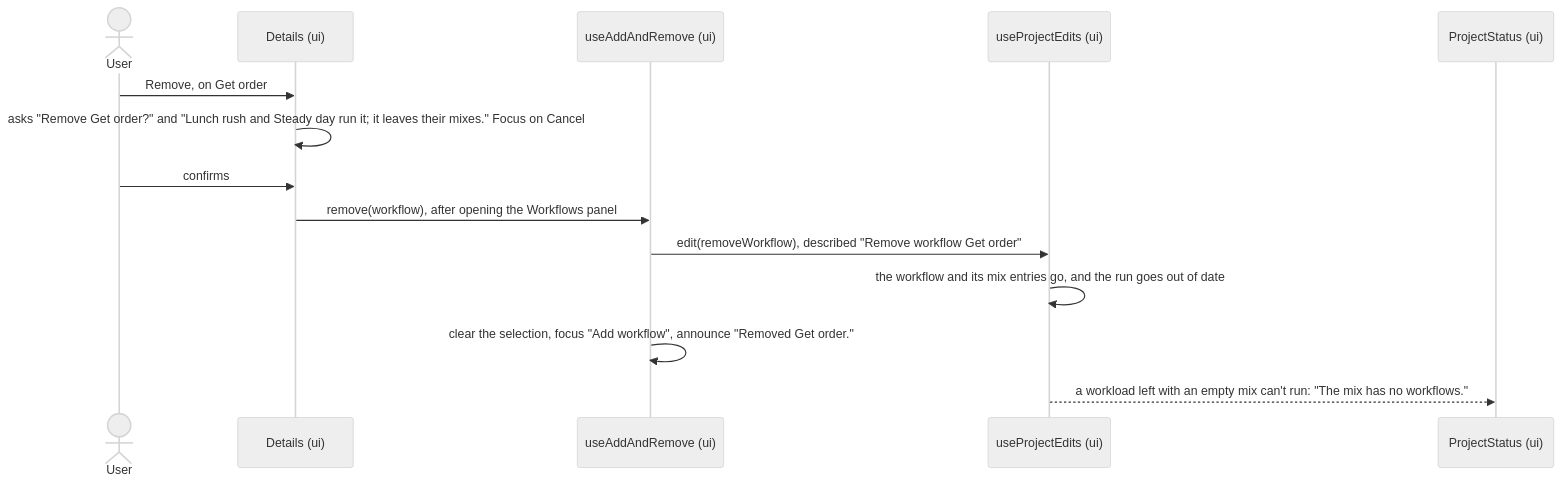
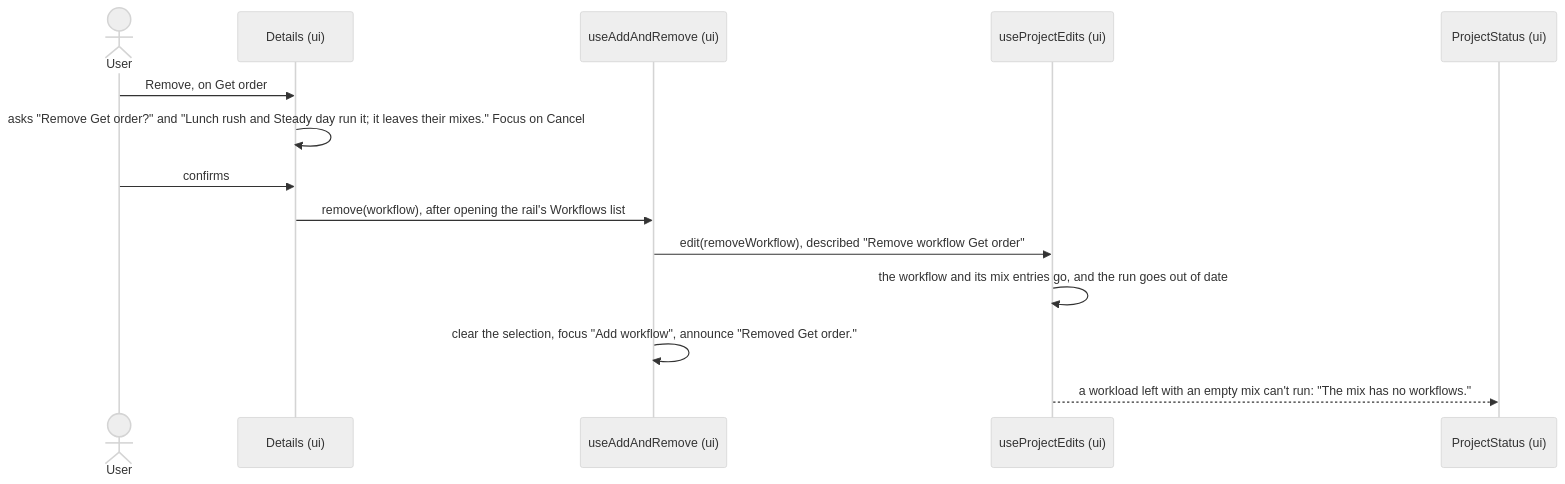
Before and after one commit to alanbickel/wind-tunnel: diagram 12 of 13 in docs/architecture/workflow-editor.md, drawn with Mermaid (neutral theme). The commit also changed other lines of this file and 29 other files, not shown here.

Commit message:
feat(ui): an icon tool rail with Add component, a Connect hint, and separate Workflows and Workloads lists (#228)

````diff
--- a/docs/architecture/workflow-editor.md
+++ b/docs/architecture/workflow-editor.md
@@ -344,16 +344,16 @@
 ```mermaid
 sequenceDiagram
     actor User
     participant D as Details (ui)
     participant R as useAddAndRemove (ui)
     participant E as useProjectEdits (ui)
     participant P as ProjectStatus (ui)
     User->>D: Remove, on Get order
     D->>D: asks "Remove Get order?" and "Lunch rush and Steady day run it#59; it leaves their mixes." Focus on Cancel
     User->>D: confirms
-    D->>R: remove(workflow), after opening the Workflows panel
+    D->>R: remove(workflow), after opening the rail's Workflows list
     R->>E: edit(removeWorkflow), described "Remove workflow Get order"
     E->>E: the workflow and its mix entries go, and the run goes out of date
     R->>R: clear the selection, focus "Add workflow", announce "Removed Get order."
     E-->>P: a workload left with an empty mix can't run: "The mix has no workflows."
 ```
````
